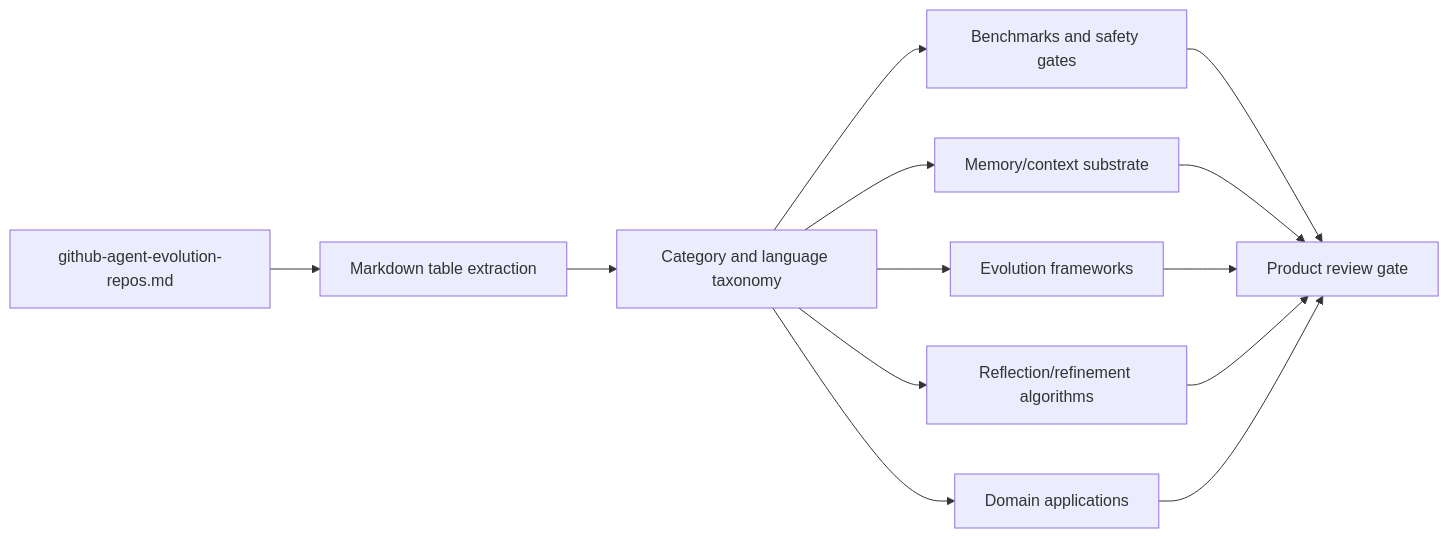
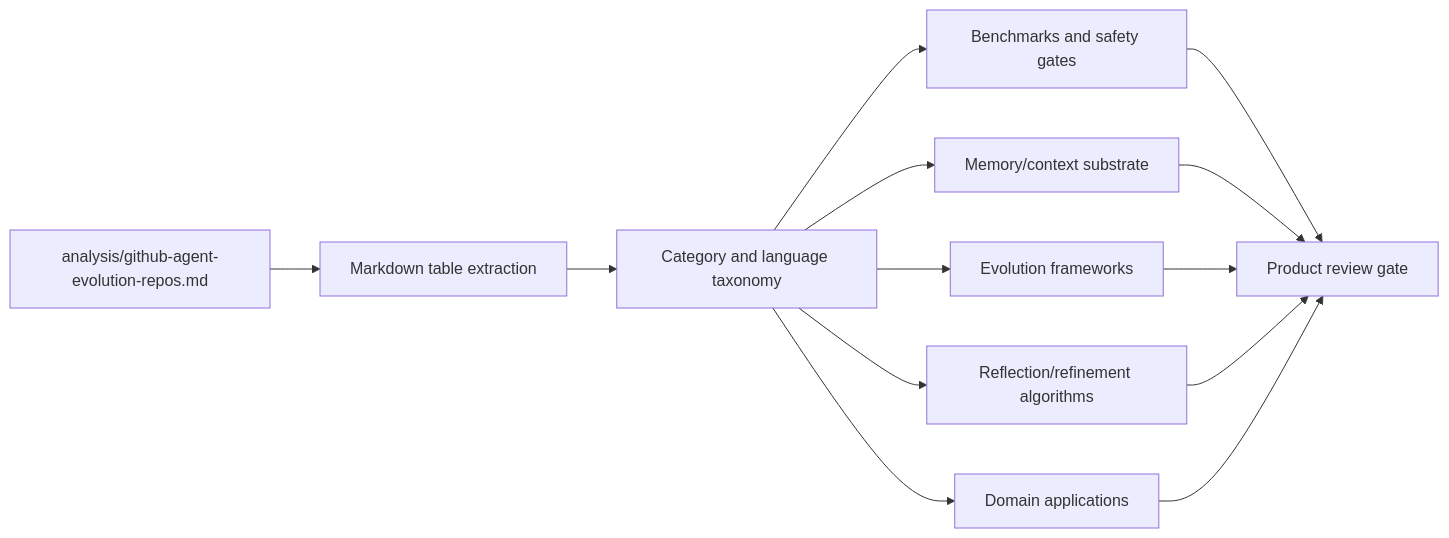
Before and after one commit to Shiyao-Huang/awesome-agent-evolution: the diagram in review/reports/gitnexus-agent-evolution-review.md, drawn with Mermaid. The commit also changed other lines of this file and 102 other files, not shown here.

````diff
--- a/review/reports/gitnexus-agent-evolution-review.md
+++ b/review/reports/gitnexus-agent-evolution-review.md
@@ -93,15 +93,15 @@
 ```mermaid
 flowchart LR
-  Corpus[github-agent-evolution-repos.md] --> Extractor[Markdown table extraction]
+  Corpus[analysis/github-agent-evolution-repos.md] --> Extractor[Markdown table extraction]
   Extractor --> Taxonomy[Category and language taxonomy]
   Taxonomy --> Memory[Memory/context substrate]
   Taxonomy --> Frameworks[Evolution frameworks]
   Taxonomy --> Reflection[Reflection/refinement algorithms]
   Taxonomy --> Evaluation[Benchmarks and safety gates]
   Taxonomy --> Applications[Domain applications]
   Evaluation --> ProductGate[Product review gate]
   Memory --> ProductGate
   Frameworks --> ProductGate
   Reflection --> ProductGate
   Applications --> ProductGate
 ```
````
